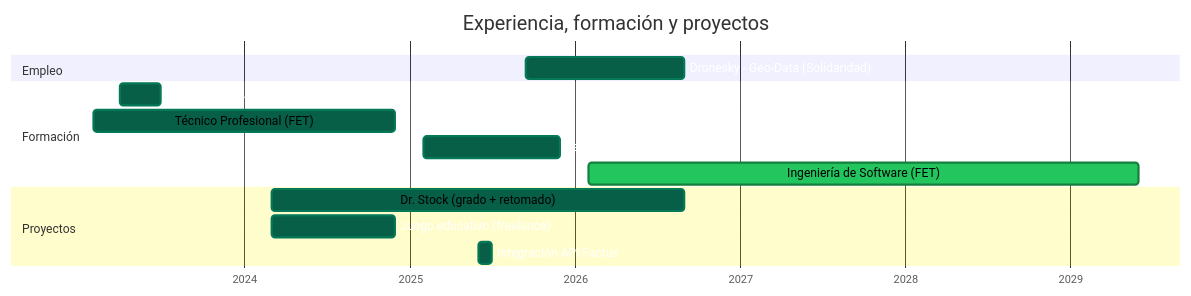
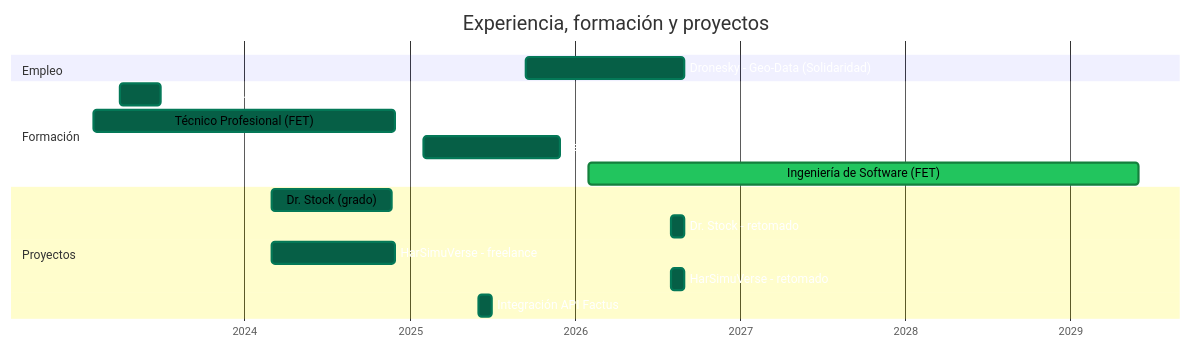
One commit to JuanJo24S/JuanJo24S changed the diagram in README.md. Above: the diagram before and after it, drawn with Mermaid. The commit also changed other lines of this file, not shown here.

````diff
--- a/README.md
+++ b/README.md
@@ -68,26 +68,28 @@
 ```mermaid
 %%{init: { 'themeVariables': {
   'doneTaskBkgColor': '#065f46',
   'doneTaskBorderColor': '#047857',
   'activeTaskBkgColor': '#22c55e',
   'activeTaskBorderColor': '#15803d',
   'taskTextColor': '#ffffff',
   'taskTextLightColor': '#ffffff',
   'taskTextOutsideColor': '#ffffff'
 }}}%%
 gantt
     title Experiencia, formación y proyectos
     dateFormat  YYYY-MM-DD
     axisFormat  %Y
     section Empleo
     Dronesky - Geo-Data (Solidaridad)      :done, 2025-09-15, 2026-08-31
     section Formación
     Curso SQL - Guayerd + Beta Hub         :done, 2023-04-01, 2023-06-30
     Técnico Profesional (FET)              :done, 2023-02-01, 2024-11-30
     Tecnología en Desarrollo (FET)         :done, 2025-02-01, 2025-11-30
     Ingeniería de Software (FET)           :active, 2026-02-01, 2029-06-01
     section Proyectos
-    Dr. Stock (grado + retomado)           :done, 2024-03-01, 2026-08-31
-    Juego educativo (freelance)            :done, 2024-03-01, 2024-11-30
+    Dr. Stock (grado)                      :done, 2024-03-01, 2024-11-22
+    Dr. Stock - retomado                   :done, 2026-08-01, 2026-08-31
+    HarSimuVerse - freelance               :done, 2024-03-01, 2024-11-30
+    HarSimuVerse - retomado                :done, 2026-08-01, 2026-08-31
     Integración API Factus                 :done, 2025-06-01, 2025-06-30
 ```
````
